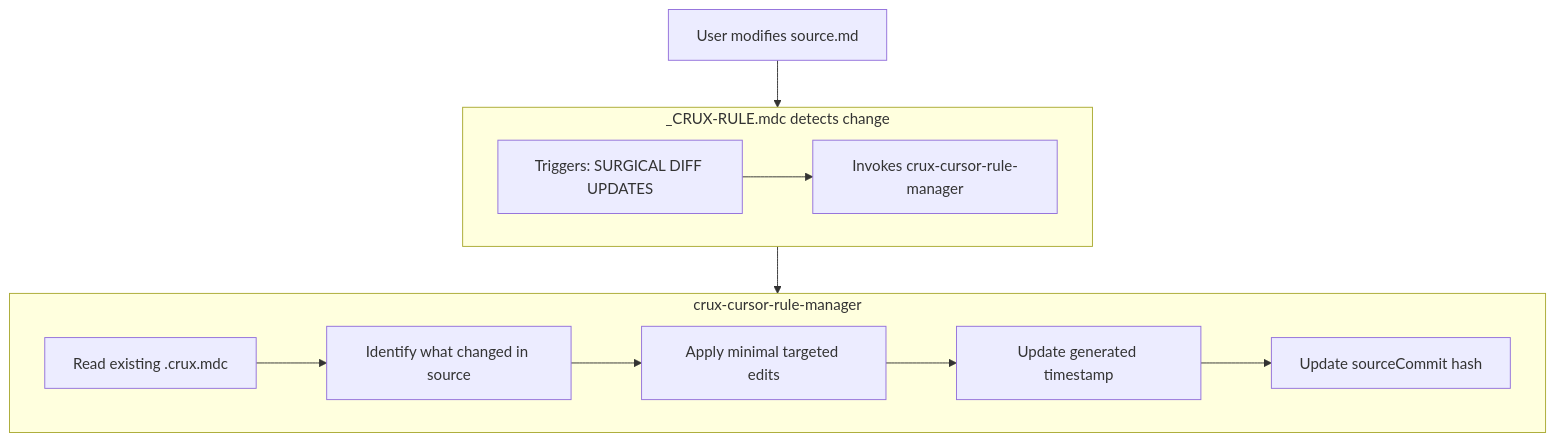
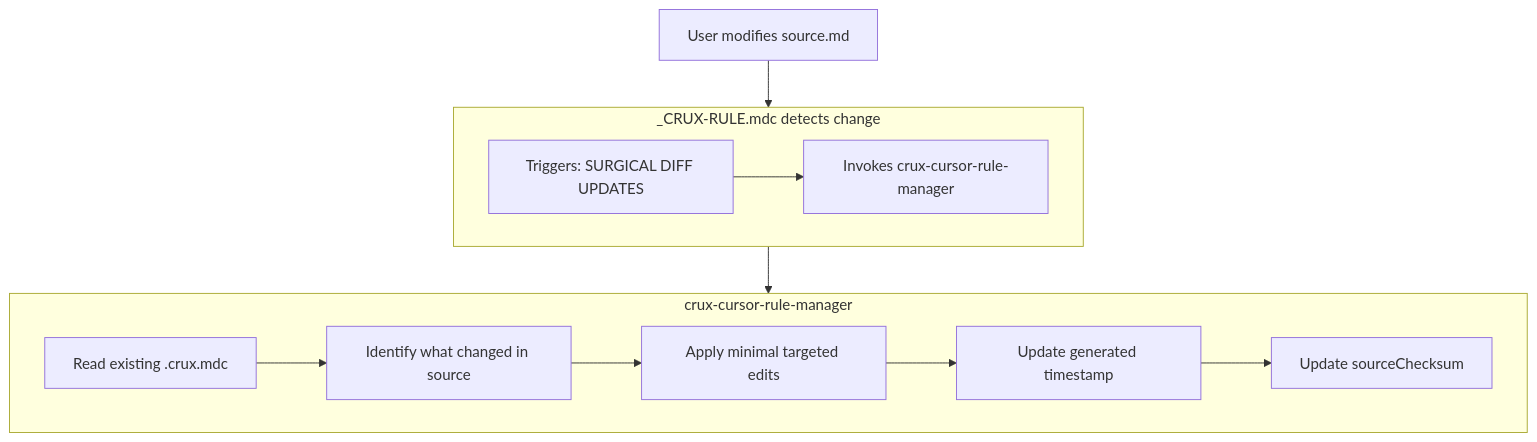
The fourth of 4 diagrams in .cursor/crux-readme.md (zotoio/x-fidelity), drawn with Mermaid before and after one commit. The commit also changed other lines of this file and 11 other files, not shown here.

First line of the commit message:
refactor(crux): replace sourceCommit with sourceChecksum using cksum

````diff
--- a/.cursor/crux-readme.md
+++ b/.cursor/crux-readme.md
@@ -212,23 +290,23 @@
 ```mermaid
 flowchart TD
     START["User modifies source.md"]
     
     subgraph RULE["_CRUX-RULE.mdc detects change"]
         R1["Triggers: SURGICAL DIFF UPDATES"]
         R2["Invokes crux-cursor-rule-manager"]
         R1 --> R2
     end
     
     subgraph MANAGER["crux-cursor-rule-manager"]
         M1["Read existing .crux.mdc"]
         M2["Identify what changed in source"]
         M3["Apply minimal targeted edits"]
         M4["Update generated timestamp"]
-        M5["Update sourceCommit hash"]
+        M5["Update sourceChecksum"]
         
         M1 --> M2 --> M3 --> M4 --> M5
     end
     
     START --> RULE
     RULE --> MANAGER
 ```
````
